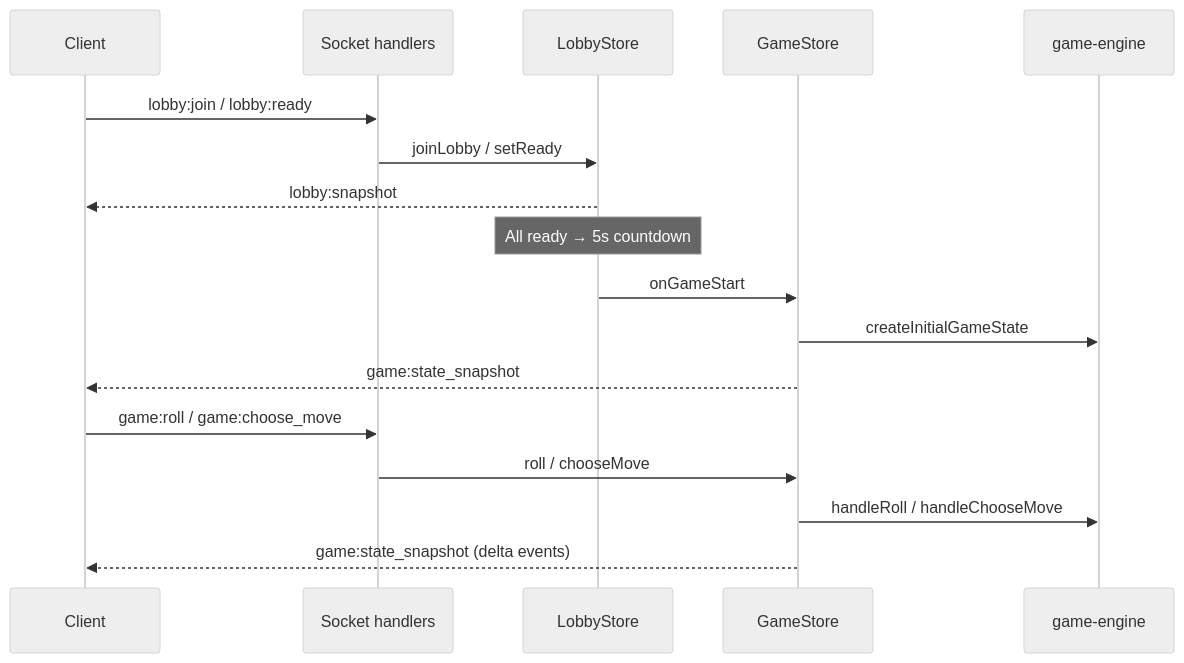
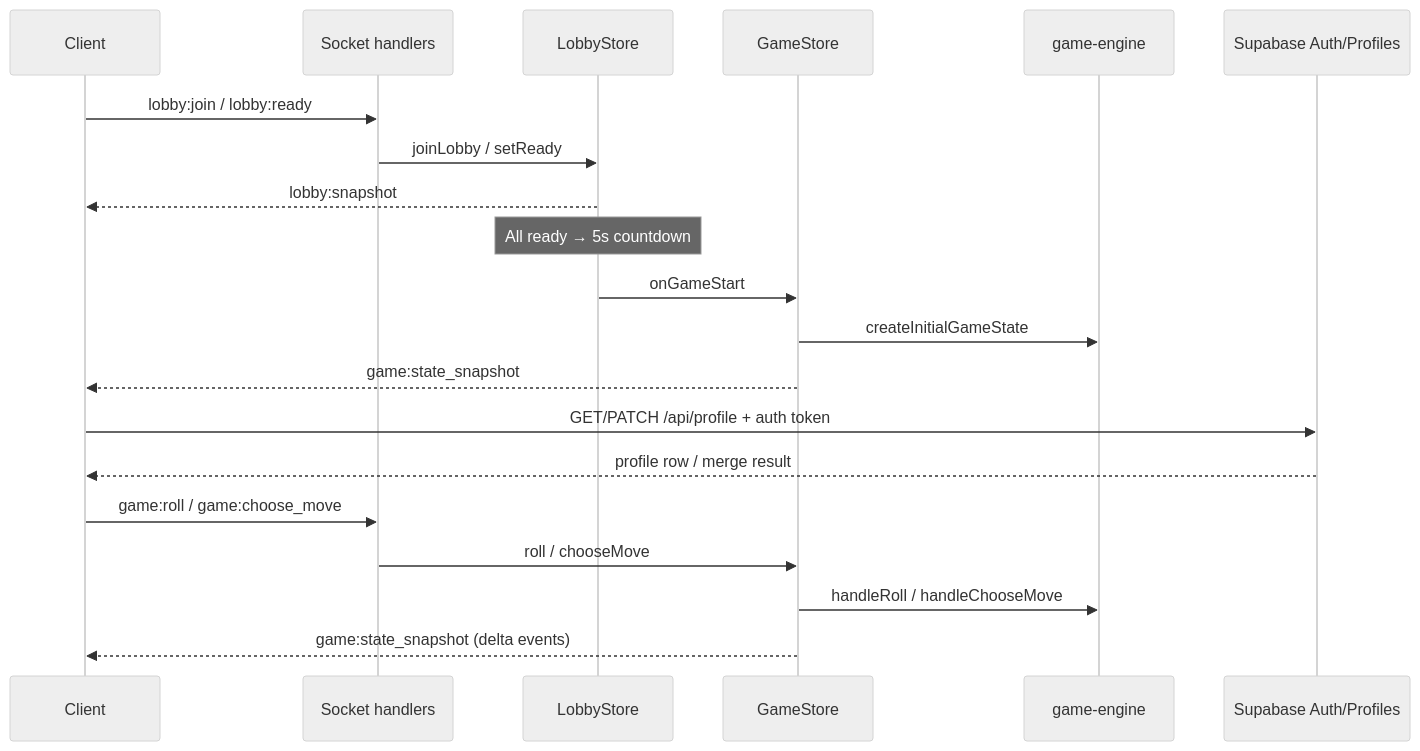
One commit to QingTian1927/rune-race changed the diagram in apps/server/docs/architecture.md. Above: the diagram before and after it, drawn with Mermaid (neutral theme). The commit also changed other lines of this file and 9 other files, not shown here.

Commit message:
feat(docs): update README and architecture to include Supabase auth/profile details

````diff
--- a/apps/server/docs/architecture.md
+++ b/apps/server/docs/architecture.md
@@ -20,21 +25,25 @@
 ```mermaid
 sequenceDiagram
   participant C as Client
   participant S as Socket handlers
   participant L as LobbyStore
   participant G as GameStore
   participant E as game-engine
+  participant A as Supabase Auth/Profiles
 
   C->>S: lobby:join / lobby:ready
   S->>L: joinLobby / setReady
   L-->>C: lobby:snapshot
   Note over L: All ready → 5s countdown
   L->>G: onGameStart
   G->>E: createInitialGameState
   G-->>C: game:state_snapshot
 
+  C->>A: GET/PATCH /api/profile + auth token
+  A-->>C: profile row / merge result
+
   C->>S: game:roll / game:choose_move
   S->>G: roll / chooseMove
   G->>E: handleRoll / handleChooseMove
   G-->>C: game:state_snapshot (delta events)
 ```
````
